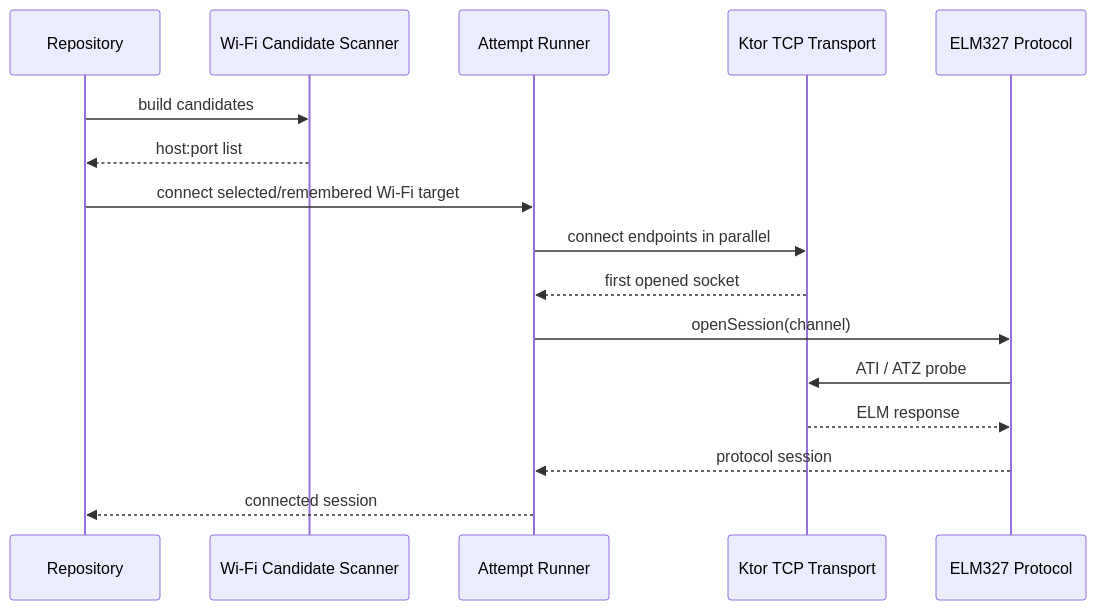
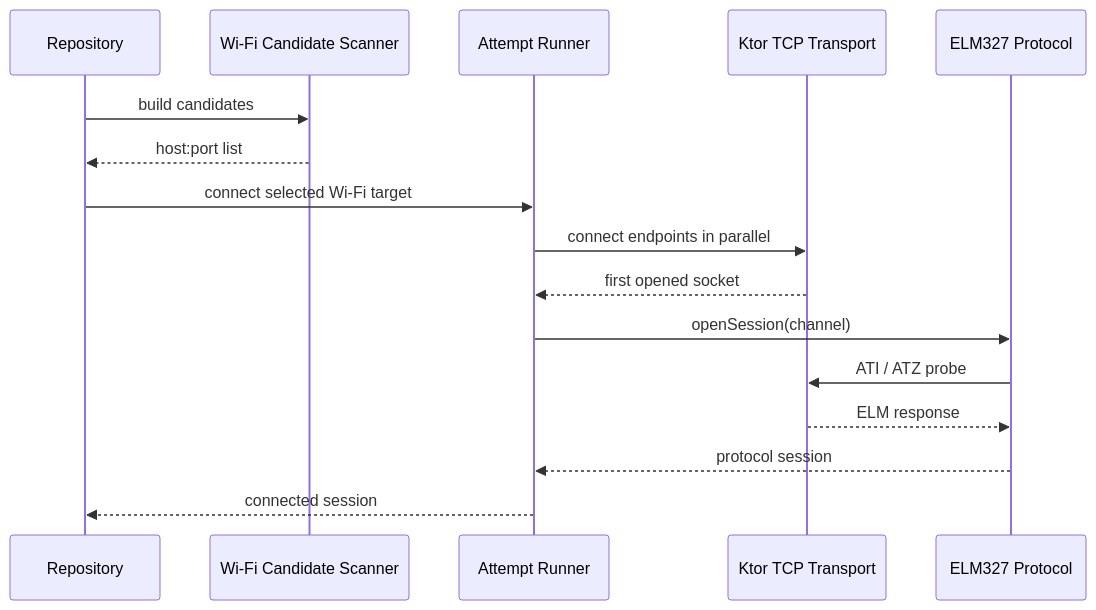
The third of 4 diagrams in ai/CARINSPECTOR_OBD_CONNECTION_ARCHITECTURE.md (Maryino-District/CI), drawn with Mermaid before and after one commit. The commit also changed other lines of this file and 36 other files, not shown here.

````diff
--- a/ai/CARINSPECTOR_OBD_CONNECTION_ARCHITECTURE.md
+++ b/ai/CARINSPECTOR_OBD_CONNECTION_ARCHITECTURE.md
@@ -1256,19 +1469,19 @@
 ```mermaid
 sequenceDiagram
     participant Repo as Repository
     participant Wifi as Wi-Fi Candidate Scanner
     participant Runner as Attempt Runner
     participant Tcp as Ktor TCP Transport
     participant Elm as ELM327 Protocol
 
     Repo->>Wifi: build candidates
     Wifi-->>Repo: host:port list
-    Repo->>Runner: connect selected/remembered Wi-Fi target
+    Repo->>Runner: connect selected Wi-Fi target
     Runner->>Tcp: connect endpoints in parallel
     Tcp-->>Runner: first opened socket
     Runner->>Elm: openSession(channel)
     Elm->>Tcp: ATI / ATZ probe
     Tcp-->>Elm: ELM response
     Elm-->>Runner: protocol session
     Runner-->>Repo: connected session
 ```
````
